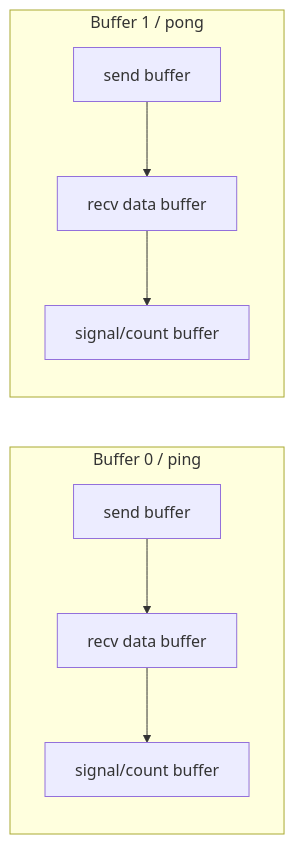
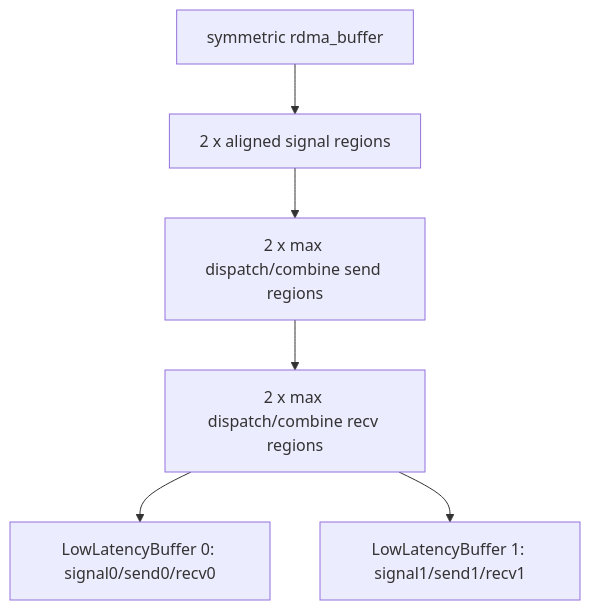
One commit to doulujiyao12/deepep_tutorial changed the fifth of 11 diagrams in docs/implementation-v1-low-latency.md. Above: the diagram before and after it, drawn with Mermaid. The commit also changed other lines of this file and 5 other files, not shown here.

````diff
--- a/docs/implementation-v1-low-latency.md
+++ b/docs/implementation-v1-low-latency.md
@@ -232,9 +395,8 @@
 ```mermaid
-flowchart LR
-    subgraph B0[Buffer 0 / ping]
-      S0[send buffer] --> R0[recv data buffer] --> F0[signal/count buffer]
-    end
-    subgraph B1[Buffer 1 / pong]
-      S1[send buffer] --> R1[recv data buffer] --> F1[signal/count buffer]
-    end
+flowchart TD
+    X[symmetric rdma_buffer] --> S[2 x aligned signal regions]
+    S --> TX[2 x max dispatch/combine send regions]
+    TX --> RX[2 x max dispatch/combine recv regions]
+    RX --> B0[LowLatencyBuffer 0: signal0/send0/recv0]
+    RX --> B1[LowLatencyBuffer 1: signal1/send1/recv1]
 ```
````
